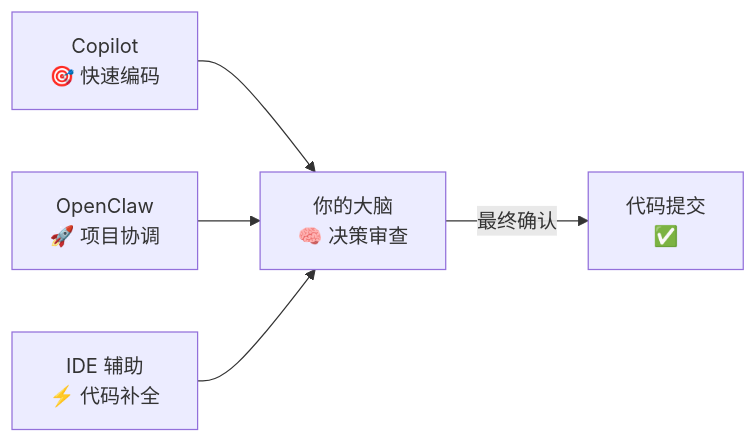
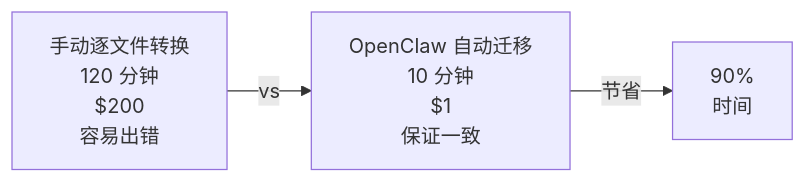
One commit to shawndenggh/shawndeng.tech changed the fourth of 6 diagrams in content/posts/openclaw-copilot-automation.md. Above: the diagram before and after it, drawn with Mermaid. The commit also changed other lines of this file, not shown here.

Commit message:
refactor: rewrite article - focus on using OpenClaw to orchestrate Copilot for batch code generation

````diff
--- a/content/posts/openclaw-copilot-automation.md
+++ b/content/posts/openclaw-copilot-automation.md
@@ -628,7 +415,5 @@
 ```mermaid
 graph LR
-    A["Copilot<br/>🎯 快速编码"] --> D["你的大脑<br/>🧠 决策审查"]
-    B["OpenClaw<br/>🚀 项目协调"] --> D
-    C["IDE 辅助<br/>⚡ 代码补全"] --> D
-    D -->|最终确认| E["代码提交<br/>✅"]
+    A["手动逐文件转换<br/>120 分钟<br/>$200<br/>容易出错"] -->|vs| B["OpenClaw 自动迁移<br/>10 分钟<br/>$1<br/>保证一致"]
+    B -->|节省| C["90%<br/>时间"]
 ```
````
